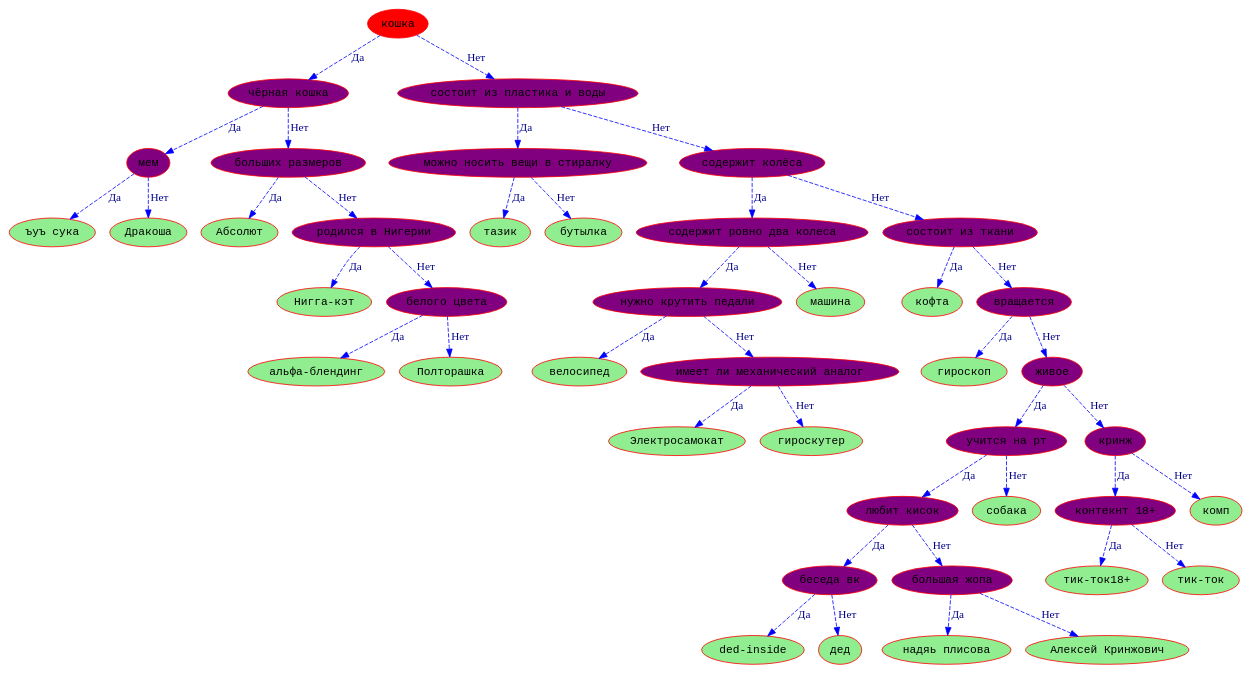
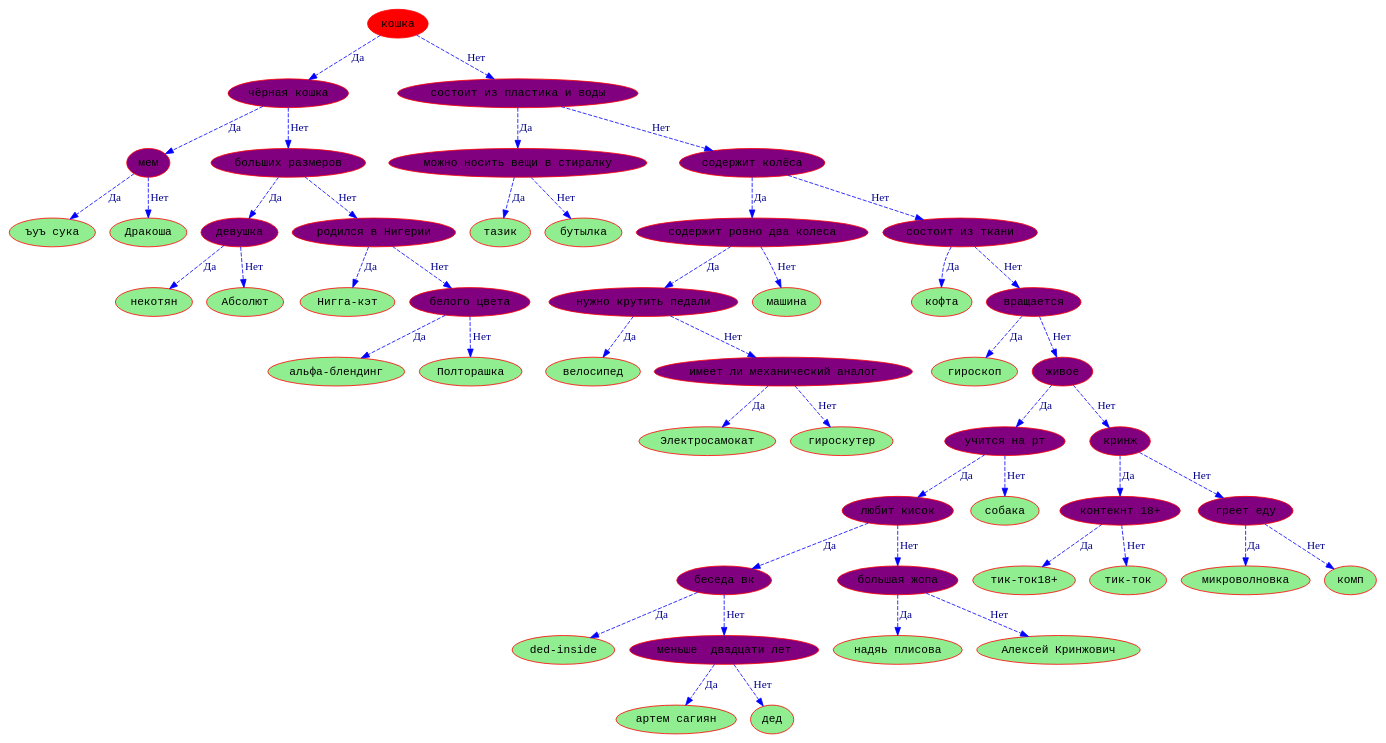
The diagram in DOWNLOAD TO PLAY/beauty_tree.dot (Hollbrok/Akinator), drawn with Graphviz before and after one commit. The commit also changed 3 other files, not shown here.

```diff
--- a/DOWNLOAD TO PLAY/beauty_tree.dot
+++ b/DOWNLOAD TO PLAY/beauty_tree.dot
@@ -1,89 +1,101 @@
 digraph akinator {
 node [color = Red, fontname = Courier, style = filled, shape=ellipse, fillcolor = purple]
 edge [color = Blue, style=dashed]
-"00D2F098" [label = "ъуъ сука",style = filled, fillcolor = lightgreen] 
-"00D2F170" -> "00D2F098" [label="Да", fontcolor=darkblue]
-"00D2F200" [label = "Дракоша",style = filled, fillcolor = lightgreen] 
-"00D2F170" -> "00D2F200" [label="Нет", fontcolor=darkblue]
-"00D2F170" [label = "мем",style = filled, fillcolor = purple] 
-"00D26F90" -> "00D2F170" [label="Да", fontcolor=darkblue]
-"00D2EFC0" [label = "Абсолют",style = filled, fillcolor = lightgreen] 
-"00D26BA0" -> "00D2EFC0" [label="Да", fontcolor=darkblue]
-"00D2F128" [label = "Нигга-кэт",style = filled, fillcolor = lightgreen] 
-"00D26C30" -> "00D2F128" [label="Да", fontcolor=darkblue]
-"00D2EE10" [label = "альфа-блендинг",style = filled, fillcolor = lightgreen] 
-"00D16C28" -> "00D2EE10" [label="Да", fontcolor=darkblue]
-"00D2EEA0" [label = "Полторашка",style = filled, fillcolor = lightgreen] 
-"00D16C28" -> "00D2EEA0" [label="Нет", fontcolor=darkblue]
-"00D16C28" [label = "белого цвета",style = filled, fillcolor = purple] 
-"00D26C30" -> "00D16C28" [label="Нет", fontcolor=darkblue]
-"00D26C30" [label = "родился в Нигерии",style = filled, fillcolor = purple] 
-"00D26BA0" -> "00D26C30" [label="Нет", fontcolor=darkblue]
-"00D26BA0" [label = "больших размеров",style = filled, fillcolor = purple] 
-"00D26F90" -> "00D26BA0" [label="Нет", fontcolor=darkblue]
-"00D26F90" [label = "чёрная кошка",style = filled, fillcolor = purple] 
-"00D266D8" -> "00D26F90" [label="Да", fontcolor=darkblue]
-"00D26F00" [label = "тазик",style = filled, fillcolor = lightgreen] 
-"00D26EB8" -> "00D26F00" [label="Да", fontcolor=darkblue]
-"00D26C78" [label = "бутылка",style = filled, fillcolor = lightgreen] 
-"00D26EB8" -> "00D26C78" [label="Нет", fontcolor=darkblue]
-"00D26EB8" [label = "можно носить вещи в стиралку",style = filled, fillcolor = purple] 
-"00D267F8" -> "00D26EB8" [label="Да", fontcolor=darkblue]
-"00D26A38" [label = "велосипед",style = filled, fillcolor = lightgreen] 
-"00D26D98" -> "00D26A38" [label="Да", fontcolor=darkblue]
-"00D269A8" [label = "Электросамокат",style = filled, fillcolor = lightgreen] 
-"00D26E28" -> "00D269A8" [label="Да", fontcolor=darkblue]
-"00D26E70" [label = "гироскутер",style = filled, fillcolor = lightgreen] 
-"00D26E28" -> "00D26E70" [label="Нет", fontcolor=darkblue]
-"00D26E28" [label = "имеет ли механический аналог",style = filled, fillcolor = purple] 
-"00D26D98" -> "00D26E28" [label="Нет", fontcolor=darkblue]
-"00D26D98" [label = "нужно крутить педали",style = filled, fillcolor = purple] 
-"00D26D50" -> "00D26D98" [label="Да", fontcolor=darkblue]
-"00D26DE0" [label = "машина",style = filled, fillcolor = lightgreen] 
-"00D26D50" -> "00D26DE0" [label="Нет", fontcolor=darkblue]
-"00D26D50" [label = "содержит ровно два колеса",style = filled, fillcolor = purple] 
-"00D26840" -> "00D26D50" [label="Да", fontcolor=darkblue]
-"00D26D08" [label = "кофта",style = filled, fillcolor = lightgreen] 
-"00D26888" -> "00D26D08" [label="Да", fontcolor=darkblue]
-"00D26F48" [label = "гироскоп",style = filled, fillcolor = lightgreen] 
-"00D268D0" -> "00D26F48" [label="Да", fontcolor=darkblue]
-"00D269F0" [label = "ded-inside",style = filled, fillcolor = lightgreen] 
-"00D26AC8" -> "00D269F0" [label="Да", fontcolor=darkblue]
-"00D26CC0" [label = "дед",style = filled, fillcolor = lightgreen] 
-"00D26AC8" -> "00D26CC0" [label="Нет", fontcolor=darkblue]
-"00D26AC8" [label = "беседа вк",style = filled, fillcolor = purple] 
-"00D26A80" -> "00D26AC8" [label="Да", fontcolor=darkblue]
-"00D26BE8" [label = "надяь плисова",style = filled, fillcolor = lightgreen] 
-"00D26960" -> "00D26BE8" [label="Да", fontcolor=darkblue]
-"00D26B58" [label = "Алексей Кринжович",style = filled, fillcolor = lightgreen] 
-"00D26960" -> "00D26B58" [label="Нет", fontcolor=darkblue]
-"00D26960" [label = "большая жопа",style = filled, fillcolor = purple] 
-"00D26A80" -> "00D26960" [label="Нет", fontcolor=darkblue]
-"00D26A80" [label = "любит кисок",style = filled, fillcolor = purple] 
-"00D26918" -> "00D26A80" [label="Да", fontcolor=darkblue]
-"00D26B10" [label = "собака",style = filled, fillcolor = lightgreen] 
-"00D26918" -> "00D26B10" [label="Нет", fontcolor=darkblue]
-"00D26918" [label = "учится на рт",style = filled, fillcolor = purple] 
-"00D26180" -> "00D26918" [label="Да", fontcolor=darkblue]
-"00D26570" [label = "тик-ток18+",style = filled, fillcolor = lightgreen] 
-"00D26210" -> "00D26570" [label="Да", fontcolor=darkblue]
-"00D26258" [label = "тик-ток",style = filled, fillcolor = lightgreen] 
-"00D26210" -> "00D26258" [label="Нет", fontcolor=darkblue]
-"00D26210" [label = "контекнт 18+",style = filled, fillcolor = purple] 
-"00D26018" -> "00D26210" [label="Да", fontcolor=darkblue]
-"00D26060" [label = "комп",style = filled, fillcolor = lightgreen] 
-"00D26018" -> "00D26060" [label="Нет", fontcolor=darkblue]
-"00D26018" [label = "кринж",style = filled, fillcolor = purple] 
-"00D26180" -> "00D26018" [label="Нет", fontcolor=darkblue]
-"00D26180" [label = "живое",style = filled, fillcolor = purple] 
-"00D268D0" -> "00D26180" [label="Нет", fontcolor=darkblue]
-"00D268D0" [label = "вращается",style = filled, fillcolor = purple] 
-"00D26888" -> "00D268D0" [label="Нет", fontcolor=darkblue]
-"00D26888" [label = "состоит из ткани",style = filled, fillcolor = purple] 
-"00D26840" -> "00D26888" [label="Нет", fontcolor=darkblue]
-"00D26840" [label = "содержит колёса",style = filled, fillcolor = purple] 
-"00D267F8" -> "00D26840" [label="Нет", fontcolor=darkblue]
-"00D267F8" [label = "состоит из пластика и воды",style = filled, fillcolor = purple] 
-"00D266D8" -> "00D267F8" [label="Нет", fontcolor=darkblue]
-"00D266D8" [label = "кошка",style = filled, fillcolor = red] 
+"00E8F750" [label = "ъуъ сука",style = filled, fillcolor = lightgreen] 
+"00E8F708" -> "00E8F750" [label="Да", fontcolor=darkblue]
+"00E8F3A8" [label = "Дракоша",style = filled, fillcolor = lightgreen] 
+"00E8F708" -> "00E8F3A8" [label="Нет", fontcolor=darkblue]
+"00E8F708" [label = "мем",style = filled, fillcolor = purple] 
+"00E8F360" -> "00E8F708" [label="Да", fontcolor=darkblue]
+"00E8F7E0" [label = "некотян",style = filled, fillcolor = lightgreen] 
+"00E8F510" -> "00E8F7E0" [label="Да", fontcolor=darkblue]
+"00E8F5E8" [label = "Абсолют",style = filled, fillcolor = lightgreen] 
+"00E8F510" -> "00E8F5E8" [label="Нет", fontcolor=darkblue]
+"00E8F510" [label = "девушка",style = filled, fillcolor = purple] 
+"00E8F630" -> "00E8F510" [label="Да", fontcolor=darkblue]
+"00E8F6C0" [label = "Нигга-кэт",style = filled, fillcolor = lightgreen] 
+"00E8F678" -> "00E8F6C0" [label="Да", fontcolor=darkblue]
+"00E8F480" [label = "альфа-блендинг",style = filled, fillcolor = lightgreen] 
+"00E8F828" -> "00E8F480" [label="Да", fontcolor=darkblue]
+"00E8F870" [label = "Полторашка",style = filled, fillcolor = lightgreen] 
+"00E8F828" -> "00E8F870" [label="Нет", fontcolor=darkblue]
+"00E8F828" [label = "белого цвета",style = filled, fillcolor = purple] 
+"00E8F678" -> "00E8F828" [label="Нет", fontcolor=darkblue]
+"00E8F678" [label = "родился в Нигерии",style = filled, fillcolor = purple] 
+"00E8F630" -> "00E8F678" [label="Нет", fontcolor=darkblue]
+"00E8F630" [label = "больших размеров",style = filled, fillcolor = purple] 
+"00E8F360" -> "00E8F630" [label="Нет", fontcolor=darkblue]
+"00E8F360" [label = "чёрная кошка",style = filled, fillcolor = purple] 
+"00E86418" -> "00E8F360" [label="Да", fontcolor=darkblue]
+"00E75FC8" [label = "тазик",style = filled, fillcolor = lightgreen] 
+"00E86C40" -> "00E75FC8" [label="Да", fontcolor=darkblue]
+"00E86CD0" [label = "бутылка",style = filled, fillcolor = lightgreen] 
+"00E86C40" -> "00E86CD0" [label="Нет", fontcolor=darkblue]
+"00E86C40" [label = "можно носить вещи в стиралку",style = filled, fillcolor = purple] 
+"00E86850" -> "00E86C40" [label="Да", fontcolor=darkblue]
+"00E86A48" [label = "велосипед",style = filled, fillcolor = lightgreen] 
+"00E869B8" -> "00E86A48" [label="Да", fontcolor=darkblue]
+"00E86A00" [label = "Электросамокат",style = filled, fillcolor = lightgreen] 
+"00E86BB0" -> "00E86A00" [label="Да", fontcolor=darkblue]
+"00E86BF8" [label = "гироскутер",style = filled, fillcolor = lightgreen] 
+"00E86BB0" -> "00E86BF8" [label="Нет", fontcolor=darkblue]
+"00E86BB0" [label = "имеет ли механический аналог",style = filled, fillcolor = purple] 
+"00E869B8" -> "00E86BB0" [label="Нет", fontcolor=darkblue]
+"00E869B8" [label = "нужно крутить педали",style = filled, fillcolor = purple] 
+"00E86E80" -> "00E869B8" [label="Да", fontcolor=darkblue]
+"00E86EC8" [label = "машина",style = filled, fillcolor = lightgreen] 
+"00E86E80" -> "00E86EC8" [label="Нет", fontcolor=darkblue]
+"00E86E80" [label = "содержит ровно два колеса",style = filled, fillcolor = purple] 
+"00E86100" -> "00E86E80" [label="Да", fontcolor=darkblue]
+"00E86DF0" [label = "кофта",style = filled, fillcolor = lightgreen] 
+"00E86220" -> "00E86DF0" [label="Да", fontcolor=darkblue]
+"00E86928" [label = "гироскоп",style = filled, fillcolor = lightgreen] 
+"00E86538" -> "00E86928" [label="Да", fontcolor=darkblue]
+"00E86E38" [label = "ded-inside",style = filled, fillcolor = lightgreen] 
+"00E86FA0" -> "00E86E38" [label="Да", fontcolor=darkblue]
+"00E86F10" [label = "артем сагиян",style = filled, fillcolor = lightgreen] 
+"00E86DA8" -> "00E86F10" [label="Да", fontcolor=darkblue]
+"00E86C88" [label = "дед",style = filled, fillcolor = lightgreen] 
+"00E86DA8" -> "00E86C88" [label="Нет", fontcolor=darkblue]
+"00E86DA8" [label = "меньше  двадцати лет",style = filled, fillcolor = purple] 
+"00E86FA0" -> "00E86DA8" [label="Нет", fontcolor=darkblue]
+"00E86FA0" [label = "беседа вк",style = filled, fillcolor = purple] 
+"00E86970" -> "00E86FA0" [label="Да", fontcolor=darkblue]
+"00E86B68" [label = "надяь плисова",style = filled, fillcolor = lightgreen] 
+"00E86B20" -> "00E86B68" [label="Да", fontcolor=darkblue]
+"00E86D60" [label = "Алексей Кринжович",style = filled, fillcolor = lightgreen] 
+"00E86B20" -> "00E86D60" [label="Нет", fontcolor=darkblue]
+"00E86B20" [label = "большая жопа",style = filled, fillcolor = purple] 
+"00E86970" -> "00E86B20" [label="Нет", fontcolor=darkblue]
+"00E86970" [label = "любит кисок",style = filled, fillcolor = purple] 
+"00E86AD8" -> "00E86970" [label="Да", fontcolor=darkblue]
+"00E86F58" [label = "собака",style = filled, fillcolor = lightgreen] 
+"00E86AD8" -> "00E86F58" [label="Нет", fontcolor=darkblue]
+"00E86AD8" [label = "учится на рт",style = filled, fillcolor = purple] 
+"00E86070" -> "00E86AD8" [label="Да", fontcolor=darkblue]
+"00E86A90" [label = "тик-ток18+",style = filled, fillcolor = lightgreen] 
+"00E86190" -> "00E86A90" [label="Да", fontcolor=darkblue]
+"00E86D18" [label = "тик-ток",style = filled, fillcolor = lightgreen] 
+"00E86190" -> "00E86D18" [label="Нет", fontcolor=darkblue]
+"00E86190" [label = "контекнт 18+",style = filled, fillcolor = purple] 
+"00E86898" -> "00E86190" [label="Да", fontcolor=darkblue]
+"00E86148" [label = "микроволновка",style = filled, fillcolor = lightgreen] 
+"00E868E0" -> "00E86148" [label="Да", fontcolor=darkblue]
+"00E860B8" [label = "комп",style = filled, fillcolor = lightgreen] 
+"00E868E0" -> "00E860B8" [label="Нет", fontcolor=darkblue]
+"00E868E0" [label = "греет еду",style = filled, fillcolor = purple] 
+"00E86898" -> "00E868E0" [label="Нет", fontcolor=darkblue]
+"00E86898" [label = "кринж",style = filled, fillcolor = purple] 
+"00E86070" -> "00E86898" [label="Нет", fontcolor=darkblue]
+"00E86070" [label = "живое",style = filled, fillcolor = purple] 
+"00E86538" -> "00E86070" [label="Нет", fontcolor=darkblue]
+"00E86538" [label = "вращается",style = filled, fillcolor = purple] 
+"00E86220" -> "00E86538" [label="Нет", fontcolor=darkblue]
+"00E86220" [label = "состоит из ткани",style = filled, fillcolor = purple] 
+"00E86100" -> "00E86220" [label="Нет", fontcolor=darkblue]
+"00E86100" [label = "содержит колёса",style = filled, fillcolor = purple] 
+"00E86850" -> "00E86100" [label="Нет", fontcolor=darkblue]
+"00E86850" [label = "состоит из пластика и воды",style = filled, fillcolor = purple] 
+"00E86418" -> "00E86850" [label="Нет", fontcolor=darkblue]
+"00E86418" [label = "кошка",style = filled, fillcolor = red] 
 }
```
